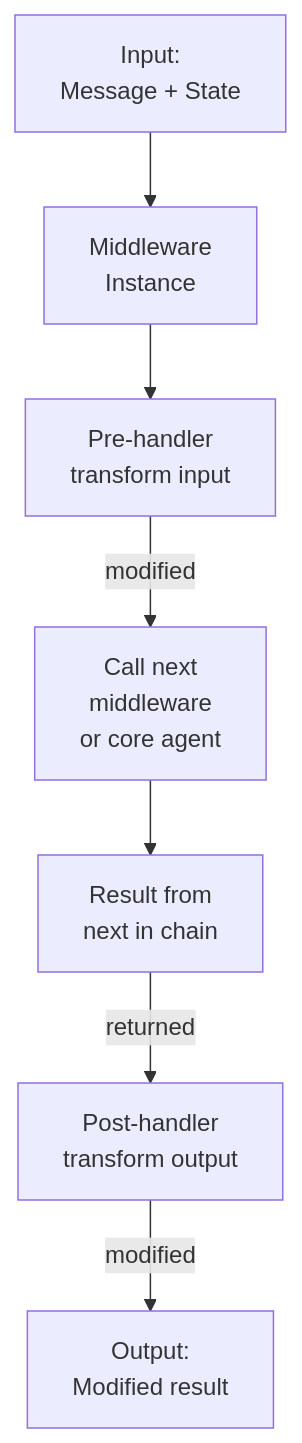
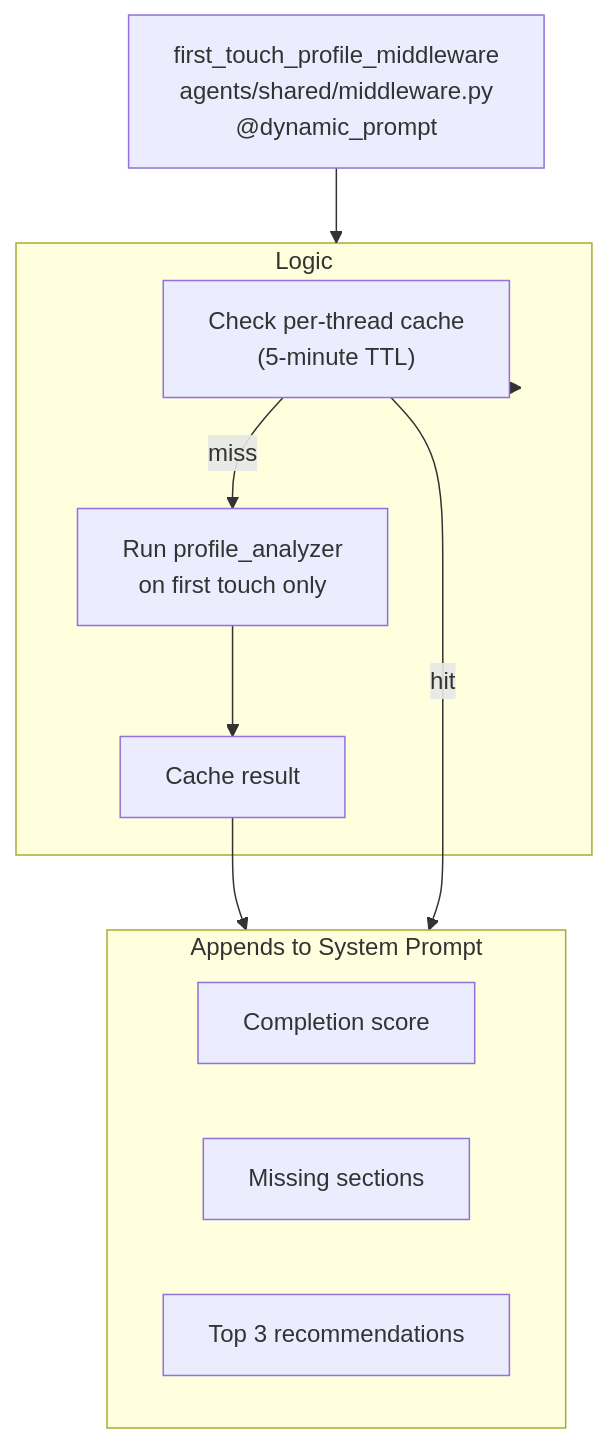
One commit to savipk/autochat changed the seventh of 8 diagrams in docs/architecture/08-middleware-stack.md. Above: the diagram before and after it, drawn with Mermaid. The commit also changed other lines of this file and 27 other files, not shown here.

Commit message:
modify profile agent

````diff
--- a/docs/architecture/08-middleware-stack.md
+++ b/docs/architecture/08-middleware-stack.md
@@ -266,23 +216,23 @@
 ```mermaid
 graph TB
-    Input["Input:<br/>Message + State"]
+    FirstTouch["first_touch_profile_middleware<br/>agents/shared/middleware.py<br/>@dynamic_prompt"]
 
-    MW["Middleware<br/>Instance"]
+    subgraph Logic["Logic"]
+        CheckCache["Check per-thread cache<br/>(5-minute TTL)"]
+        RunAnalyzer["Run profile_analyzer<br/>on first touch only"]
+        CacheResult["Cache result"]
+    end
 
-    Pre["Pre-handler<br/>transform input"]
+    subgraph Injects["Appends to System Prompt"]
+        Score["Completion score"]
+        Missing["Missing sections"]
+        TopRecs["Top 3 recommendations"]
+    end
 
-    Next["Call next<br/>middleware<br/>or core agent"]
-
-    Result["Result from<br/>next in chain"]
-
-    Post["Post-handler<br/>transform output"]
-
-    Output["Output:<br/>Modified result"]
-
-    Input --> MW
-    MW --> Pre
-    Pre -->|modified| Next
-    Next --> Result
-    Result -->|returned| Post
-    Post -->|modified| Output
+    FirstTouch --> Logic
+    Logic --> CheckCache
+    CheckCache -->|miss| RunAnalyzer
+    RunAnalyzer --> CacheResult
+    CacheResult --> Injects
+    CheckCache -->|hit| Injects
 ```
````
